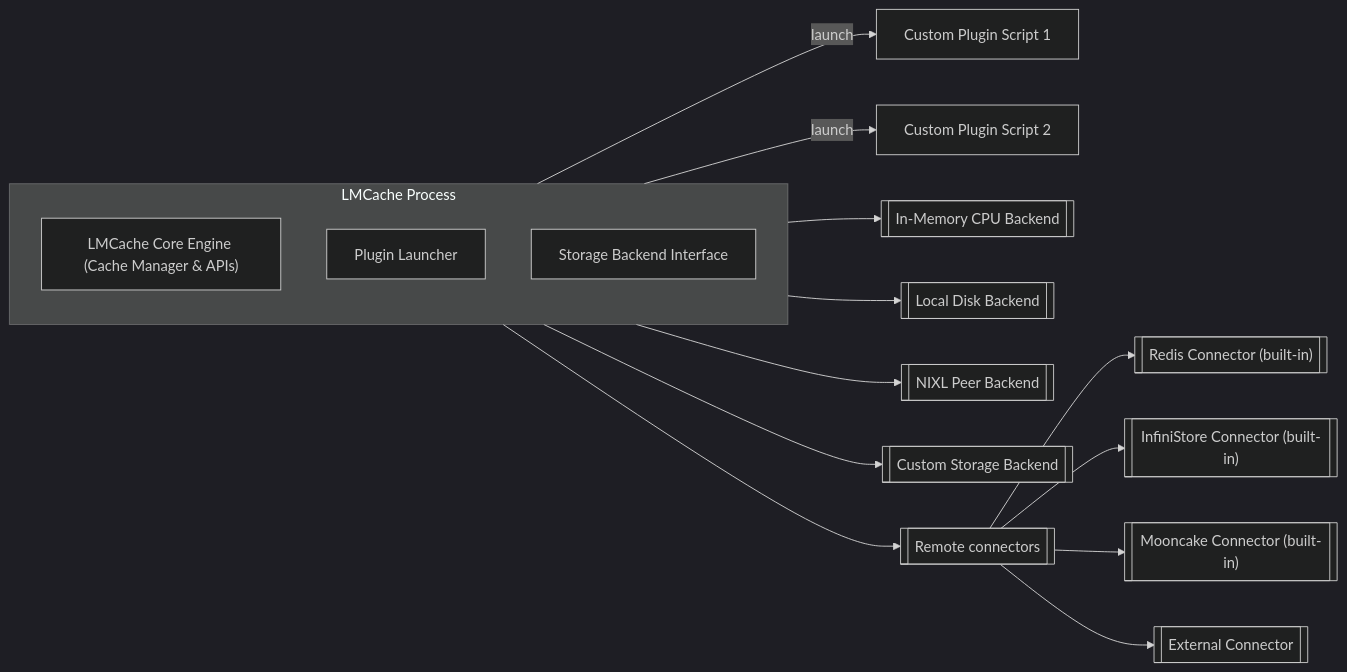
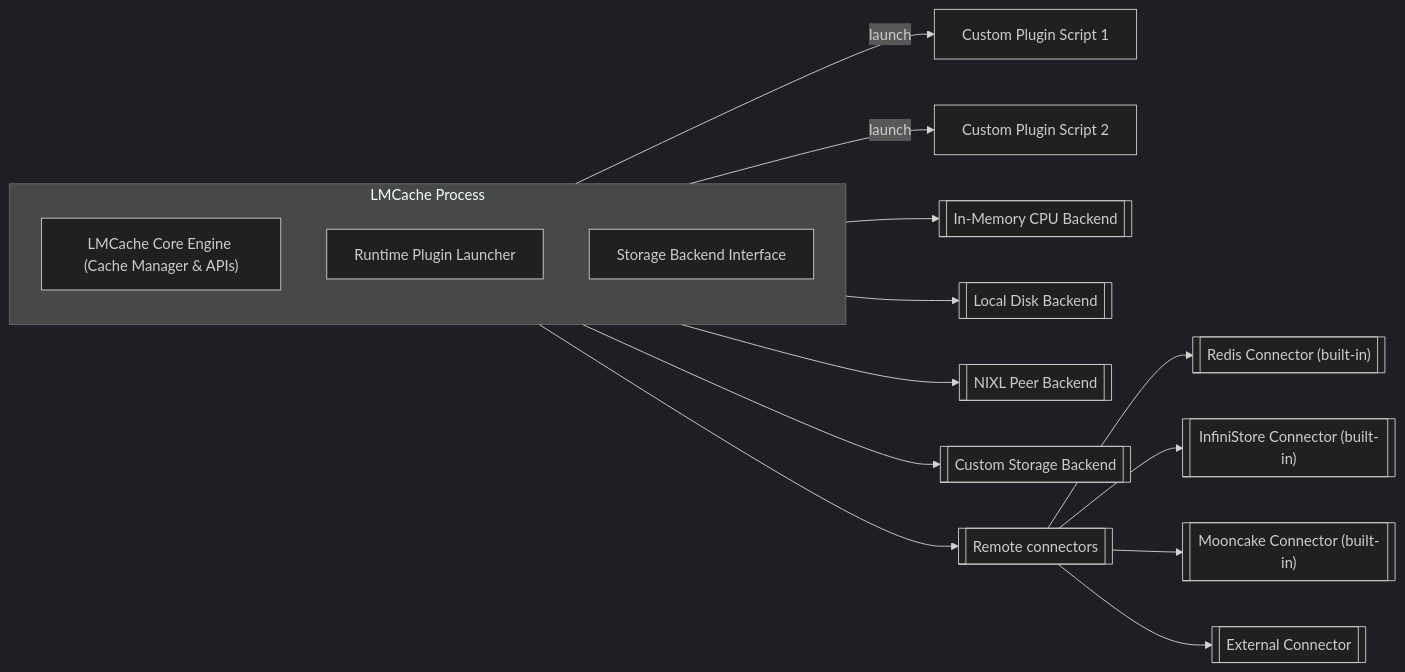
The diagram in docs/source/developer_guide/extending_lmcache/index.rst (LMCache/LMCache), drawn with Mermaid (dark theme) before and after one commit. The commit also changed other lines of this file and 8 other files, not shown here.

```diff
--- a/docs/source/developer_guide/extending_lmcache/index.rst
+++ b/docs/source/developer_guide/extending_lmcache/index.rst
@@ -10,23 +10,23 @@
 .. mermaid::
 
    flowchart LR
       subgraph "LMCache Process"
          direction TB
          core["LMCache Core Engine (Cache Manager & APIs)"]
-         pluginMgr["Plugin Launcher"]
+         pluginMgr["Runtime Plugin Launcher"]
          backendMgr["Storage Backend Interface"]
       end
 
       pluginMgr -->|"launch"| plugin1["Custom Plugin Script 1"]
       pluginMgr -->|"launch"| plugin2["Custom Plugin Script 2"]
 
       backendMgr --> CPUBackend[["In-Memory CPU Backend"]]
       backendMgr --> DiskBackend[["Local Disk Backend"]]
       backendMgr --> NIXLBackend[["NIXL Peer Backend"]]
       backendMgr --> CustomBackend[["Custom Storage Backend"]]
       backendMgr --> RemoteBackend[["Remote connectors"]]
 
       RemoteBackend --> RedisConnector[["Redis Connector (built-in)"]]
       RemoteBackend --> InfiniConnector[["InfiniStore Connector (built-in)"]]
       RemoteBackend --> MooncakeConnector[["Mooncake Connector (built-in)"]]
       RemoteBackend --> CustomConnector[["External Connector"]]
```
